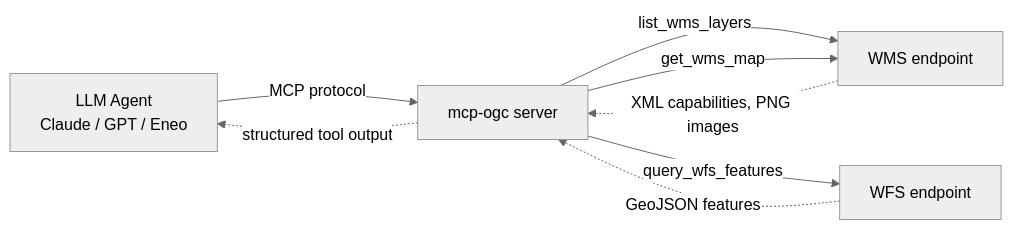
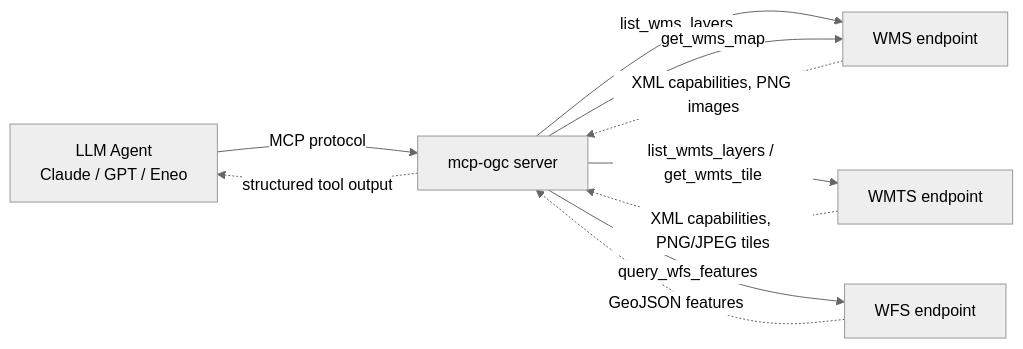
One commit to nickoulos/mcp-ogc changed the diagram in README.md. Above: the diagram before and after it, drawn with Mermaid (neutral theme). The commit also changed other lines of this file and 9 other files, not shown here.

First line of the commit message:
feat: WMTS support — list_wmts_layers and get_wmts_tile (#2) (#12)

````diff
--- a/README.md
+++ b/README.md
@@ -34,10 +38,12 @@
 ```mermaid
 flowchart LR
     LLM[LLM Agent<br/>Claude / GPT / Eneo] -->|MCP protocol| Server[mcp-ogc server]
     Server -->|list_wms_layers| WMS[WMS endpoint]
     Server -->|get_wms_map| WMS
+    Server -->|list_wmts_layers / get_wmts_tile| WMTS[WMTS endpoint]
     Server -->|query_wfs_features| WFS[WFS endpoint]
     WMS -.->|XML capabilities, PNG images| Server
+    WMTS -.->|XML capabilities, PNG/JPEG tiles| Server
     WFS -.->|GeoJSON features| Server
     Server -.->|structured tool output| LLM
 ```
````
